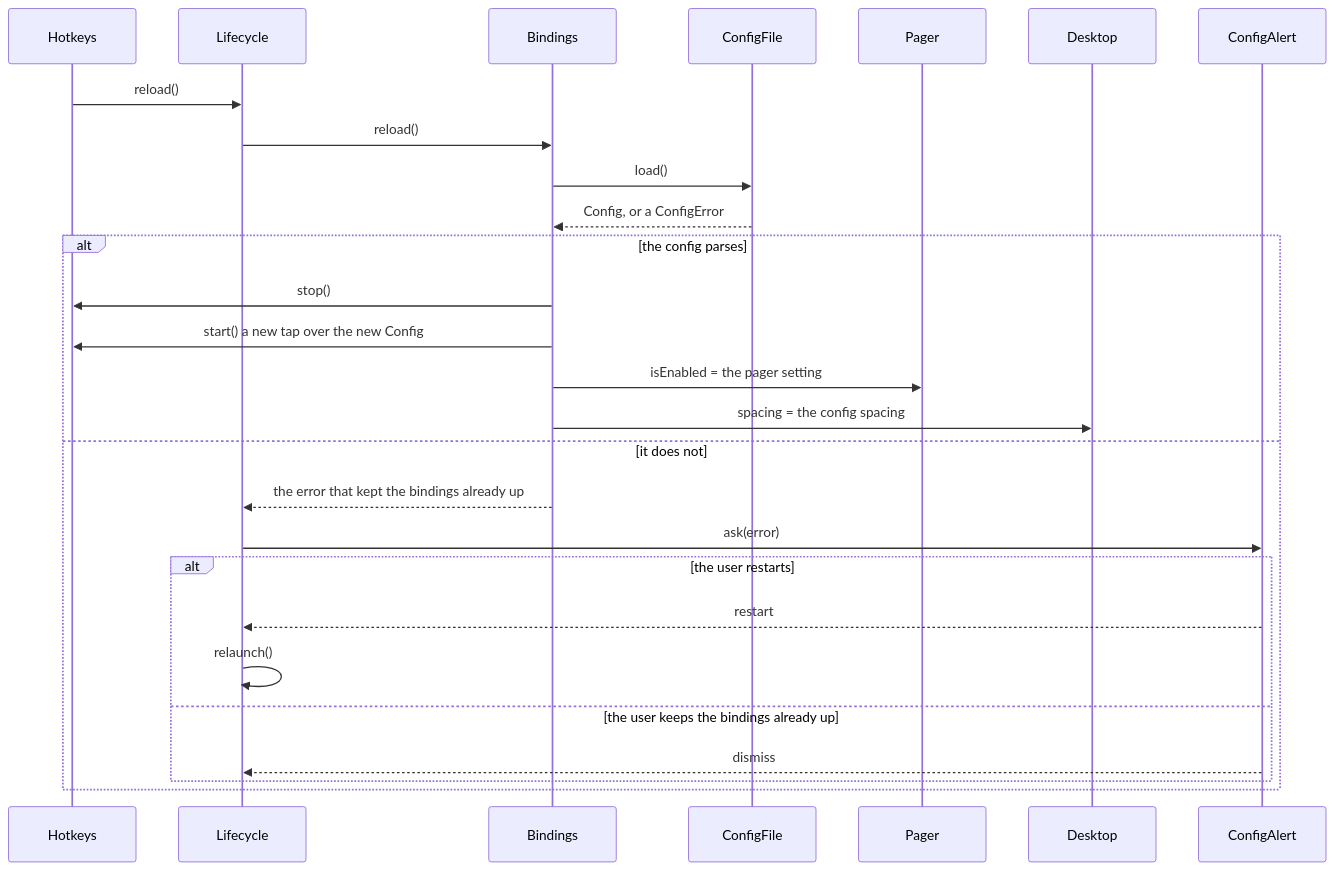
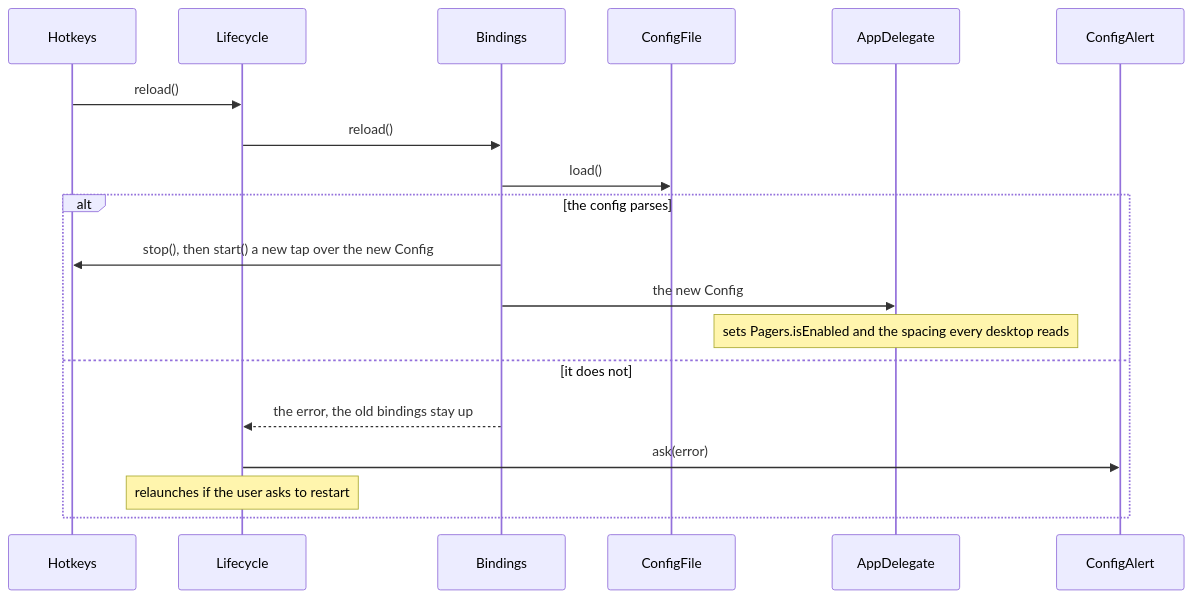
Diagram 20 of 25 in ARCHITECTURE.md (brennovich/ottowm), drawn with Mermaid before and after one commit. The commit also changed other lines of this file and 71 other files, not shown here.

````diff
--- a/ARCHITECTURE.md
+++ b/ARCHITECTURE.md
@@ -407,22 +471,15 @@
 ```mermaid
 sequenceDiagram
     Hotkeys->>Lifecycle: reload()
     Lifecycle->>Bindings: reload()
     Bindings->>ConfigFile: load()
-    ConfigFile-->>Bindings: Config, or a ConfigError
     alt the config parses
-        Bindings->>Hotkeys: stop()
-        Bindings->>Hotkeys: start() a new tap over the new Config
-        Bindings->>Pager: isEnabled = the pager setting
-        Bindings->>Desktop: spacing = the config spacing
+        Bindings->>Hotkeys: stop(), then start() a new tap over the new Config
+        Bindings->>AppDelegate: the new Config
+        Note over AppDelegate: sets Pagers.isEnabled and the spacing every desktop reads
     else it does not
-        Bindings-->>Lifecycle: the error that kept the bindings already up
+        Bindings-->>Lifecycle: the error, the old bindings stay up
         Lifecycle->>ConfigAlert: ask(error)
-        alt the user restarts
-            ConfigAlert-->>Lifecycle: restart
-            Lifecycle->>Lifecycle: relaunch()
-        else the user keeps the bindings already up
-            ConfigAlert-->>Lifecycle: dismiss
-        end
+        Note over Lifecycle: relaunches if the user asks to restart
     end
 ```
````
